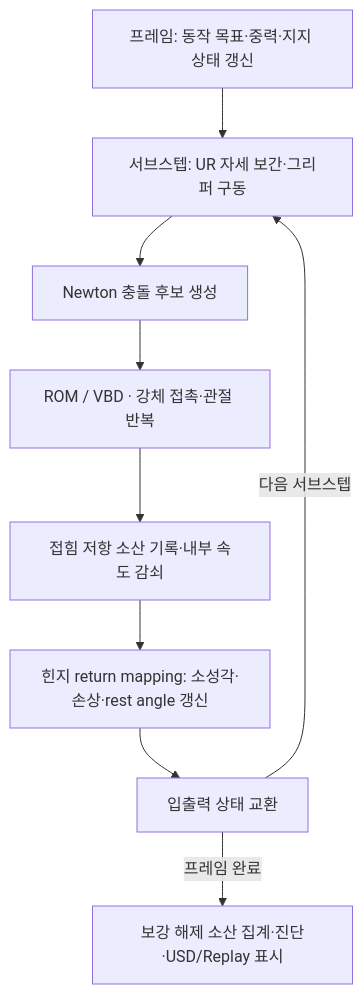
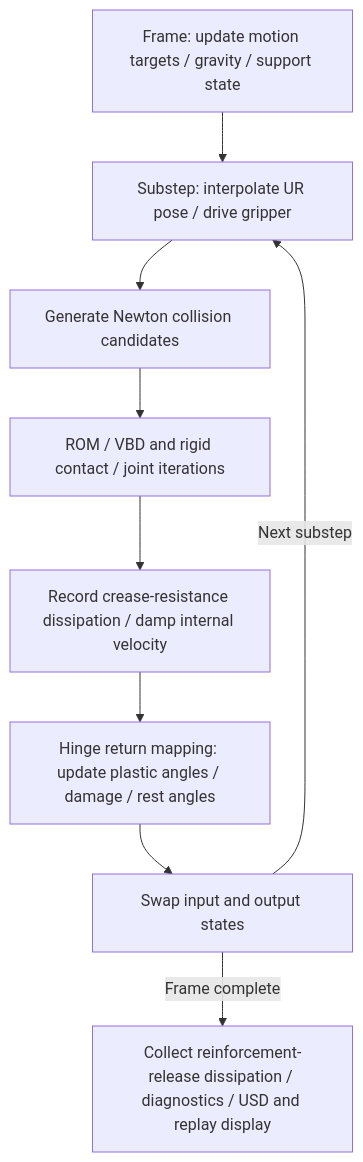
The second of 2 diagrams in README.md (nv-jonghwan/NewtonVBD_CardboardPlasticity), drawn with Mermaid before and after one commit. The commit also changed other lines of this file and 3 other files, not shown here.

````diff
--- a/README.md
+++ b/README.md
@@ -255,11 +257,11 @@
 ```mermaid
 flowchart TD
-    A[프레임: 동작 목표·중력·지지 상태 갱신] --> B[서브스텝: UR 자세 보간·그리퍼 구동]
-    B --> C[Newton 충돌 후보 생성]
-    C --> D[ROM / VBD · 강체 접촉·관절 반복]
-    D --> E[접힘 저항 소산 기록·내부 속도 감쇠]
-    E --> F[힌지 return mapping: 소성각·손상·rest angle 갱신]
-    F --> G[입출력 상태 교환]
-    G -->|다음 서브스텝| B
-    G -->|프레임 완료| H[보강 해제 소산 집계·진단·USD/Replay 표시]
+    A[Frame: update motion targets / gravity / support state] --> B[Substep: interpolate UR pose / drive gripper]
+    B --> C[Generate Newton collision candidates]
+    C --> D[ROM / VBD and rigid contact / joint iterations]
+    D --> E[Record crease-resistance dissipation / damp internal velocity]
+    E --> F[Hinge return mapping: update plastic angles / damage / rest angles]
+    F --> G[Swap input and output states]
+    G -->|Next substep| B
+    G -->|Frame complete| H[Collect reinforcement-release dissipation / diagnostics / USD and replay display]
 ```
````
